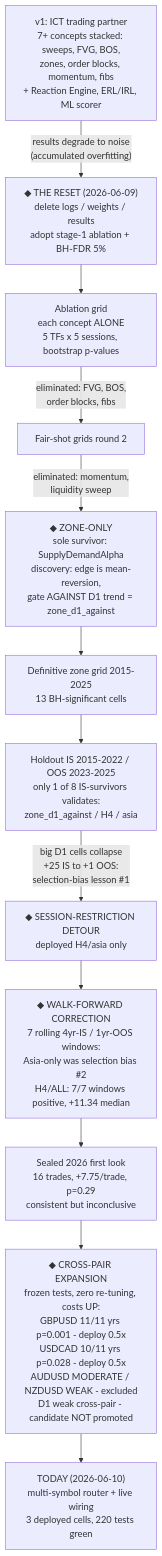
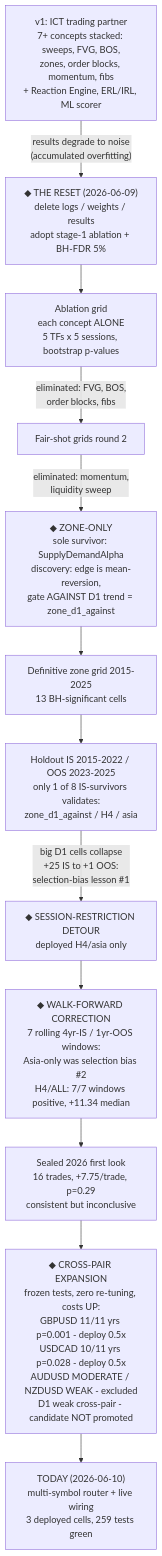
The first of 3 diagrams in docs/00-journey.md (TheFinix13/Trading_AI_model), drawn with Mermaid before and after one commit. The commit also changed other lines of this file and 2 other files, not shown here.

Commit message:
Rewrite README for the current validated portfolio; sync stale test counts

````diff
--- a/docs/00-journey.md
+++ b/docs/00-journey.md
@@ -173,36 +173,36 @@
 ```mermaid
 flowchart TD
     V1["v1: ICT trading partner<br/>7+ concepts stacked: sweeps, FVG, BOS,<br/>zones, order blocks, momentum, fibs<br/>+ Reaction Engine, ERL/IRL, ML scorer"]
     V1 -->|"results degrade to noise<br/>(accumulated overfitting)"| RESET
 
     RESET["◆ THE RESET (2026-06-09)<br/>delete logs / weights / results<br/>adopt stage-1 ablation + BH-FDR 5%"]
     RESET --> GRID
 
     GRID["Ablation grid<br/>each concept ALONE<br/>5 TFs x 5 sessions, bootstrap p-values"]
     GRID -->|"eliminated: FVG, BOS,<br/>order blocks, fibs"| GRID2
     GRID2["Fair-shot grids round 2"]
     GRID2 -->|"eliminated: momentum,<br/>liquidity sweep"| ZONE
 
     ZONE["◆ ZONE-ONLY<br/>sole survivor: SupplyDemandAlpha<br/>discovery: edge is mean-reversion,<br/>gate AGAINST D1 trend = zone_d1_against"]
     ZONE --> FULLGRID
 
     FULLGRID["Definitive zone grid 2015-2025<br/>13 BH-significant cells"]
     FULLGRID --> HOLDOUT
 
     HOLDOUT["Holdout IS 2015-2022 / OOS 2023-2025<br/>only 1 of 8 IS-survivors validates:<br/>zone_d1_against / H4 / asia"]
     HOLDOUT -->|"big D1 cells collapse<br/>+25 IS to +1 OOS:<br/>selection-bias lesson #1"| DETOUR
 
     DETOUR["◆ SESSION-RESTRICTION DETOUR<br/>deployed H4/asia only"]
     DETOUR --> WF
 
     WF["◆ WALK-FORWARD CORRECTION<br/>7 rolling 4yr-IS / 1yr-OOS windows:<br/>Asia-only was selection bias #2<br/>H4/ALL: 7/7 windows positive, +11.34 median"]
     WF --> SEALED
 
     SEALED["Sealed 2026 first look<br/>16 trades, +7.75/trade, p=0.29<br/>consistent but inconclusive"]
     SEALED --> CROSS
 
     CROSS["◆ CROSS-PAIR EXPANSION<br/>frozen tests, zero re-tuning, costs UP:<br/>GBPUSD 11/11 yrs p=0.001 - deploy 0.5x<br/>USDCAD 10/11 yrs p=0.028 - deploy 0.5x<br/>AUDUSD MODERATE / NZDUSD WEAK - excluded<br/>D1 weak cross-pair - candidate NOT promoted"]
     CROSS --> NOW
 
-    NOW["TODAY (2026-06-10)<br/>multi-symbol router + live wiring<br/>3 deployed cells, 220 tests green"]
+    NOW["TODAY (2026-06-10)<br/>multi-symbol router + live wiring<br/>3 deployed cells, 259 tests green"]
 ```
````
